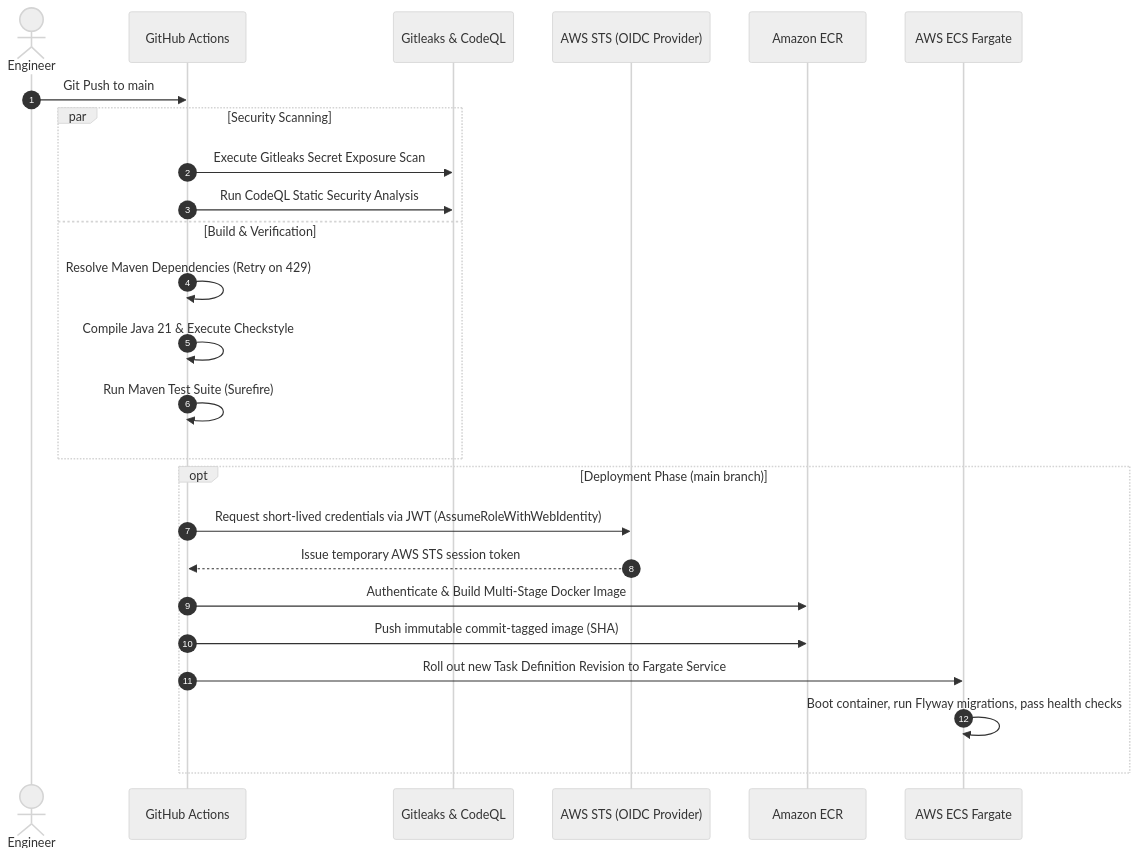
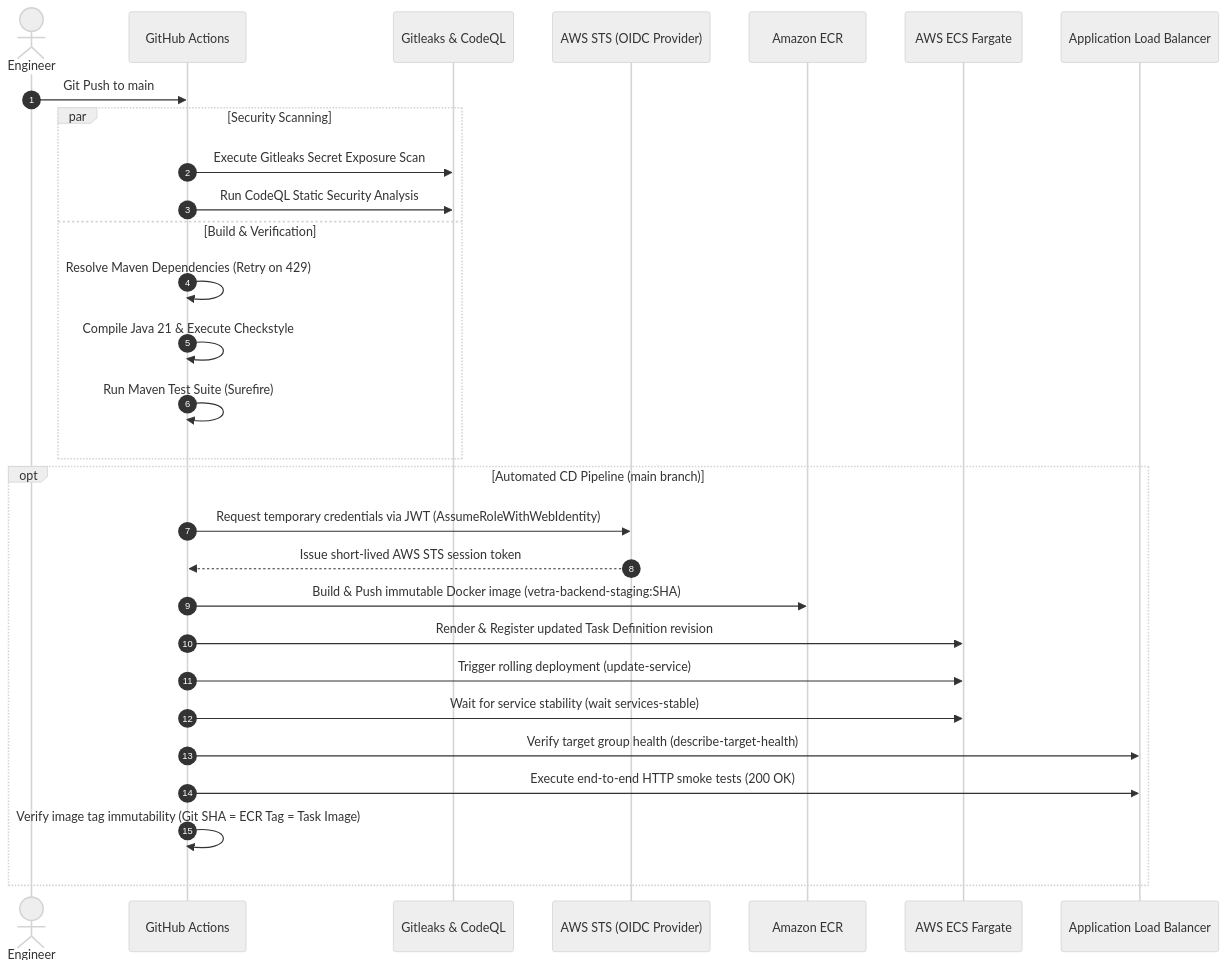
One commit to omrajput14/pashu-sathii changed the third of 4 diagrams in README.md. Above: the diagram before and after it, drawn with Mermaid (neutral theme). The commit also changed other lines of this file, not shown here.

Commit message:
docs(readme): update CI/CD section and roadmap with verified Stage 14.9 automated deployment pipeline

````diff
--- a/README.md
+++ b/README.md
@@ -165,29 +165,33 @@
 ```mermaid
 sequenceDiagram
     autonumber
     actor Dev as Engineer
     participant GH as GitHub Actions
     participant Sec as Gitleaks & CodeQL
     participant AWS_OIDC as AWS STS (OIDC Provider)
     participant ECR as Amazon ECR
     participant ECS as AWS ECS Fargate
+    participant ALB as Application Load Balancer
 
     Dev->>GH: Git Push to main
     par Security Scanning
         GH->>Sec: Execute Gitleaks Secret Exposure Scan
         GH->>Sec: Run CodeQL Static Security Analysis
     and Build & Verification
         GH->>GH: Resolve Maven Dependencies (Retry on 429)
         GH->>GH: Compile Java 21 & Execute Checkstyle
         GH->>GH: Run Maven Test Suite (Surefire)
     end
     
-    opt Deployment Phase (main branch)
-        GH->>AWS_OIDC: Request short-lived credentials via JWT (AssumeRoleWithWebIdentity)
-        AWS_OIDC-->>GH: Issue temporary AWS STS session token
-        GH->>ECR: Authenticate & Build Multi-Stage Docker Image
-        GH->>ECR: Push immutable commit-tagged image (SHA)
-        GH->>ECS: Roll out new Task Definition Revision to Fargate Service
-        ECS->>ECS: Boot container, run Flyway migrations, pass health checks
+    opt Automated CD Pipeline (main branch)
+        GH->>AWS_OIDC: Request temporary credentials via JWT (AssumeRoleWithWebIdentity)
+        AWS_OIDC-->>GH: Issue short-lived AWS STS session token
+        GH->>ECR: Build & Push immutable Docker image (vetra-backend-staging:SHA)
+        GH->>ECS: Render & Register updated Task Definition revision
+        GH->>ECS: Trigger rolling deployment (update-service)
+        GH->>ECS: Wait for service stability (wait services-stable)
+        GH->>ALB: Verify target group health (describe-target-health)
+        GH->>ALB: Execute end-to-end HTTP smoke tests (200 OK)
+        GH->>GH: Verify image tag immutability (Git SHA = ECR Tag = Task Image)
     end
 ```
````
